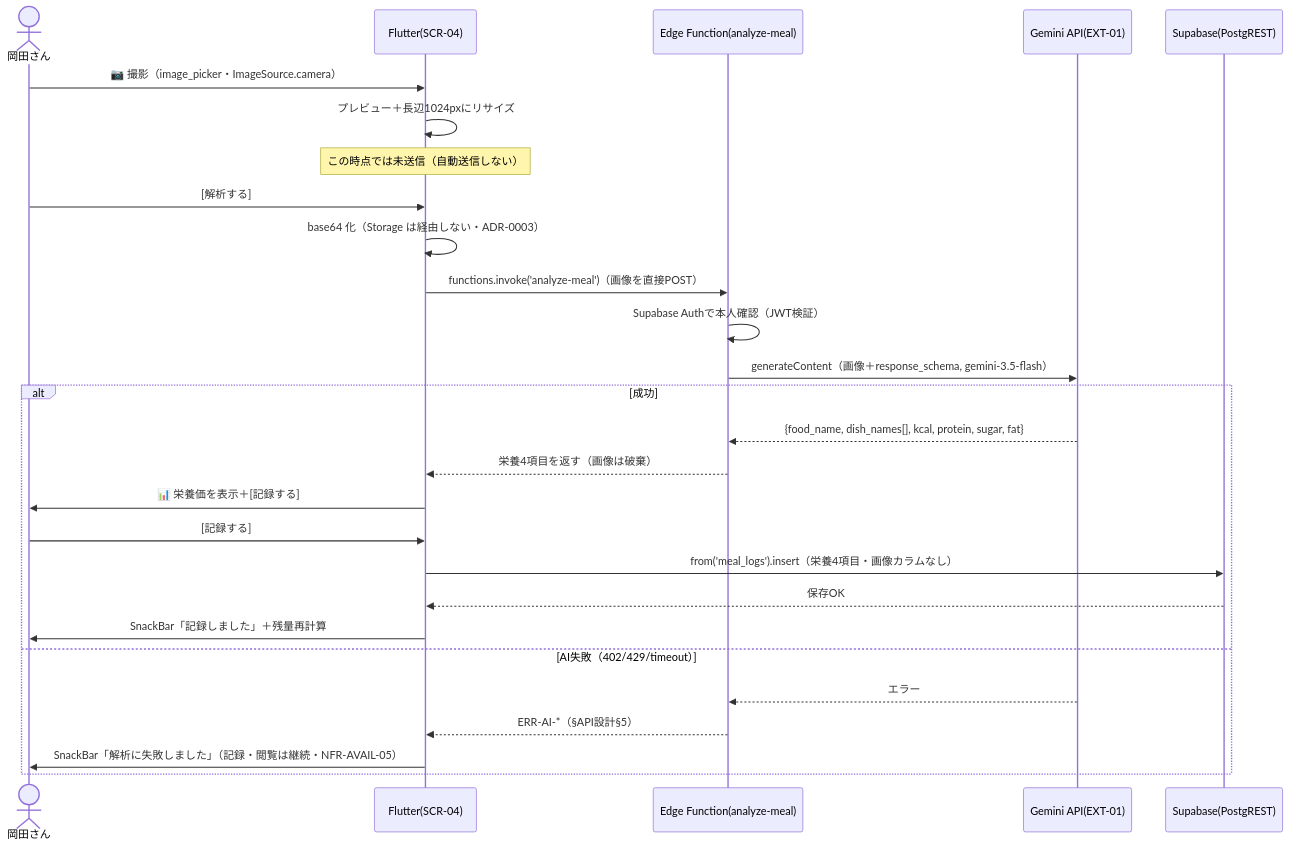
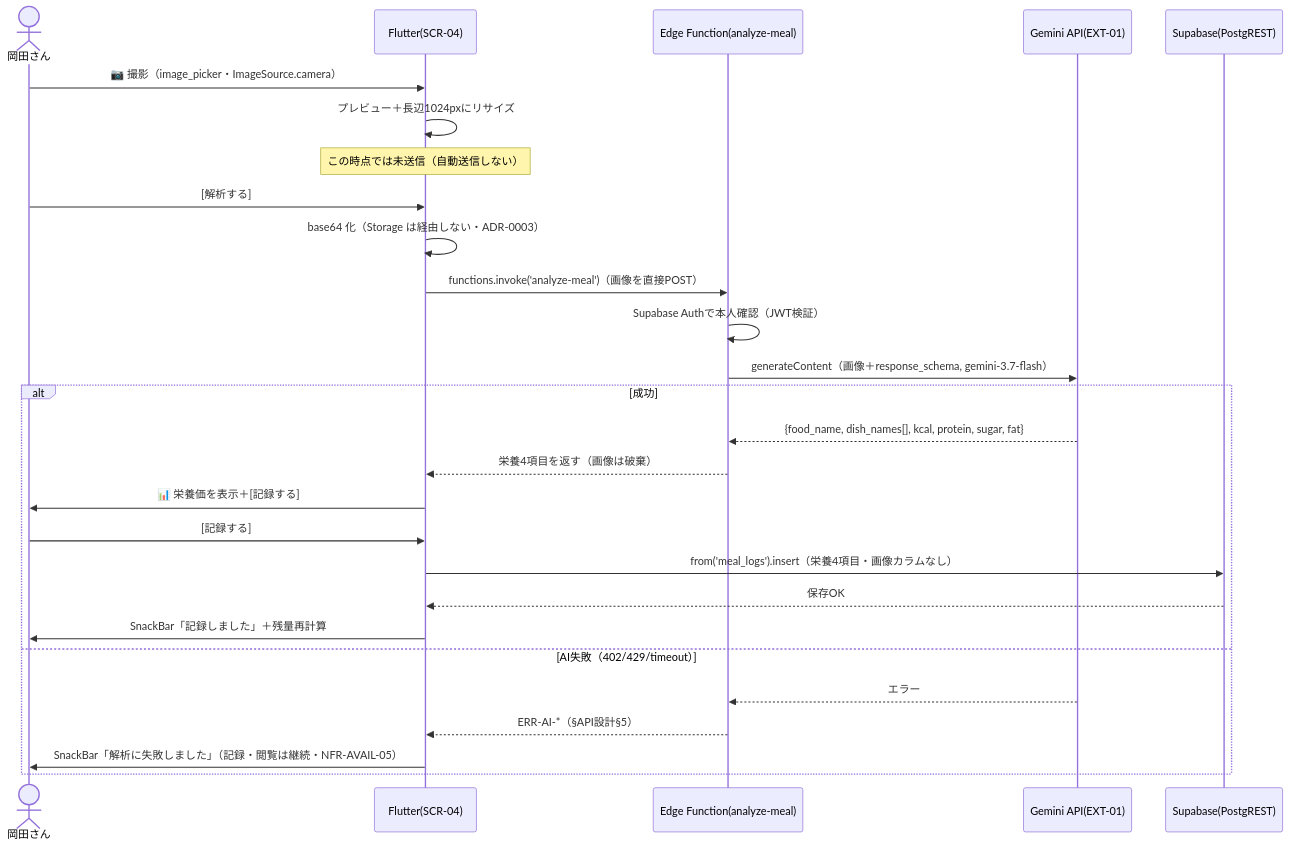
One commit to k-okada51/okada-fit changed the first of 5 diagrams in docs/02_設計/40_機能設計/01_シーケンス設計.md. Above: the diagram before and after it, drawn with Mermaid. The commit also changed 13 other files, not shown here.

First line of the commit message:
設計: 既定モデルを gemini-3.7-flash へ（ADR-0025）、解析プロンプトを確定（ADR-0026）

````diff
--- a/docs/02_設計/40_機能設計/01_シーケンス設計.md
+++ b/docs/02_設計/40_機能設計/01_シーケンス設計.md
@@ -25,30 +25,30 @@
 ```mermaid
 sequenceDiagram
   actor U as 岡田さん
   participant F as Flutter(SCR-04)
   participant E as Edge Function(analyze-meal)
   participant G as Gemini API(EXT-01)
   participant P as Supabase(PostgREST)
 
   U->>F: 📷 撮影（image_picker・ImageSource.camera）
   F->>F: プレビュー＋長辺1024pxにリサイズ
   Note over F: この時点では未送信（自動送信しない）
   U->>F: [解析する]
   F->>F: base64 化（Storage は経由しない・ADR-0003）
   F->>E: functions.invoke('analyze-meal')（画像を直接POST）
   E->>E: Supabase Authで本人確認（JWT検証）
-  E->>G: generateContent（画像＋response_schema, gemini-3.5-flash）
+  E->>G: generateContent（画像＋response_schema, gemini-3.7-flash）
   alt 成功
     G-->>E: {food_name, dish_names[], kcal, protein, sugar, fat}
     E-->>F: 栄養4項目を返す（画像は破棄）
     F->>U: 📊 栄養価を表示＋[記録する]
     U->>F: [記録する]
     F->>P: from('meal_logs').insert（栄養4項目・画像カラムなし）
     P-->>F: 保存OK
     F->>U: SnackBar「記録しました」＋残量再計算
   else AI失敗（402/429/timeout）
     G-->>E: エラー
     E-->>F: ERR-AI-*（§API設計§5）
     F->>U: SnackBar「解析に失敗しました」（記録・閲覧は継続・NFR-AVAIL-05）
   end
 ```
````
